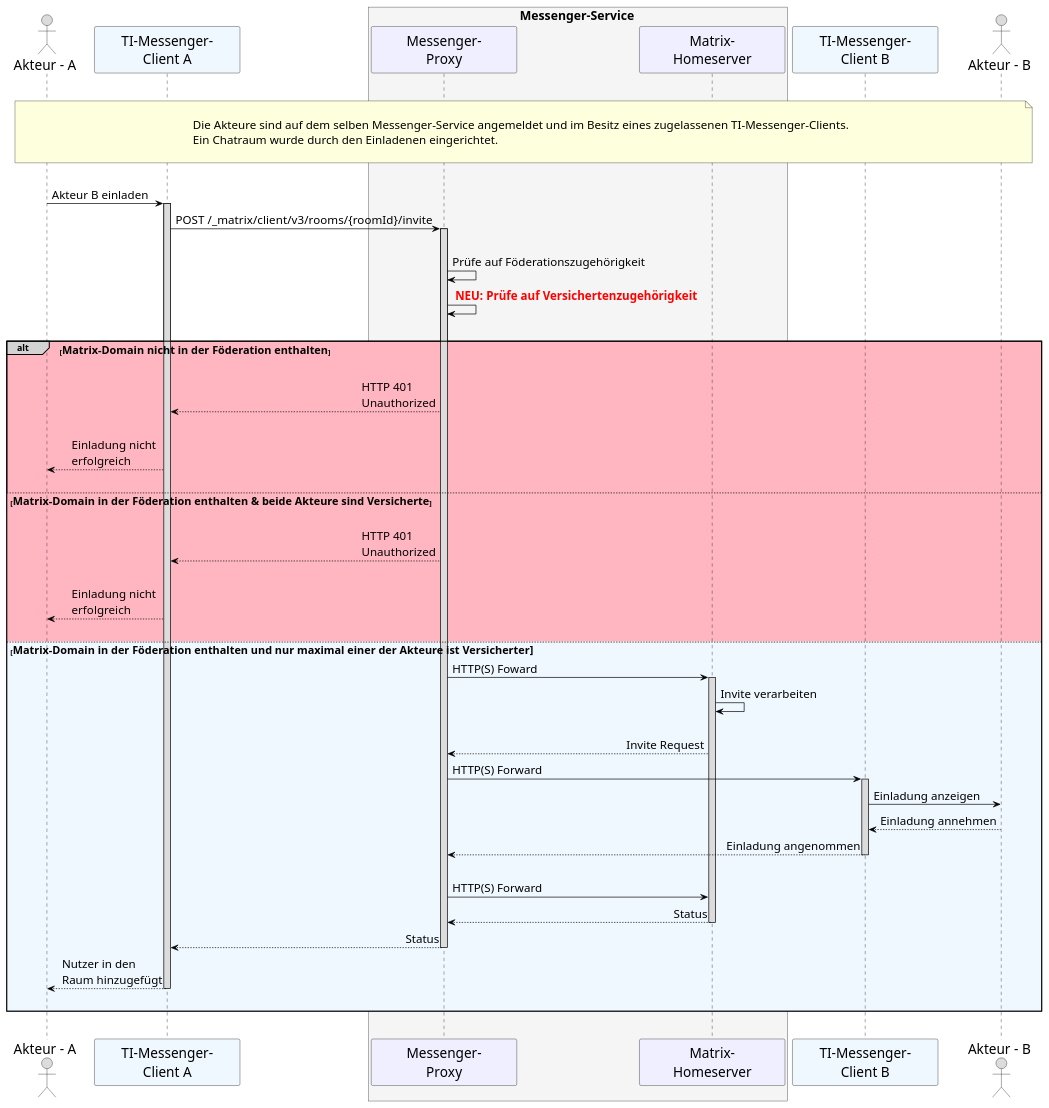
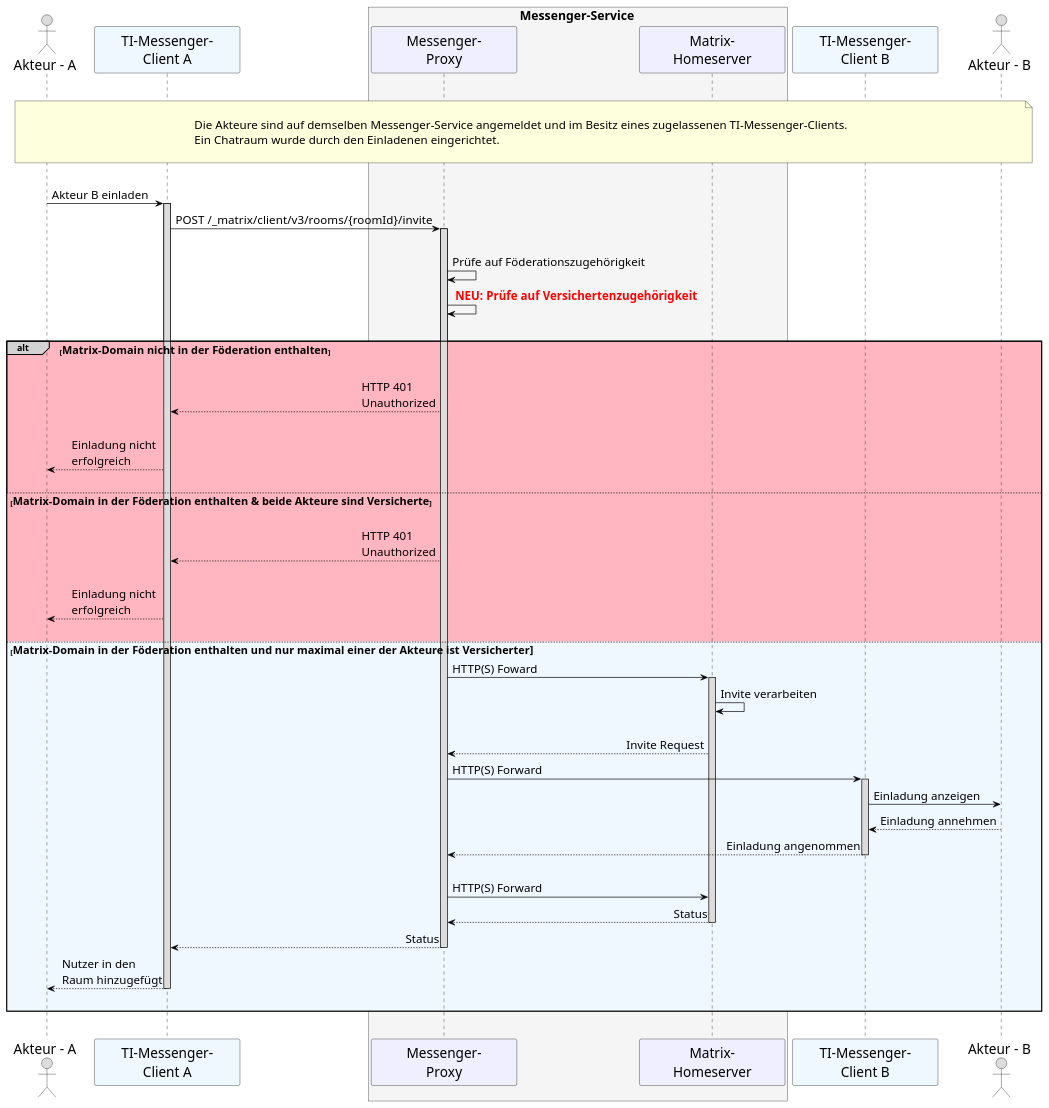
Before and after one commit to gematik/api-ti-messenger: the diagram in src/plantuml/TI-Messenger-Dienst/Ressourcen/UC_10104_Seq_fdv.puml, drawn with PlantUML. The commit also changed 1 other file, not shown here.

Commit message:
updated diagrams

```diff
--- a/src/plantuml/TI-Messenger-Dienst/Ressourcen/UC_10104_Seq_fdv.puml
+++ b/src/plantuml/TI-Messenger-Dienst/Ressourcen/UC_10104_Seq_fdv.puml
@@ -9,86 +9,86 @@
 @startuml
 skinparam sequenceMessageAlign direction
 skinparam minClassWidth 200
 skinparam BoxPadding 1
 skinparam sequenceReferenceHeaderBackgroundColor palegreen
 scale max 2048 width
 
 skinparam sequence {
 ArrowColor black
 ArrowFontSize 17
 ActorBorderColor black
 LifeLineBorderColor black
 LifeLineBackgroundColor Gainsboro
 
 ParticipantBorderColor Motivation
 ParticipantBackgroundColor Motivation
 ParticipantFontName Impact
 ParticipantFontSize 20
 ParticipantFontColor black
 ParticipantBorderColor Black
 ParticipantBackgroundColor MOTIVATION
 
 ActorBackgroundColor Gainsboro
 ActorFontColor black
 ActorFontSize 20
 ActorFontName Aapex
 }
     actor U1 as "Akteur - A"
     participant C1 as "TI-Messenger-\nClient A" #AliceBlue
     box <size:18>Messenger-Service</size> #WhiteSmoke
       participant MP as "Messenger-\nProxy"
       participant MH as "Matrix-\nHomeserver"
     end box
     participant C2 as "TI-Messenger-\nClient B" #AliceBlue
     actor U2 as "Akteur - B"
     
 |||
-note over U1, U2: \n<size:17>Die Akteure sind auf dem selben Messenger-Service angemeldet und im Besitz eines zugelassenen TI-Messenger-Clients.\n<size:17>Ein Chatraum wurde durch den Einladenen eingerichtet.</size>\n
+note over U1, U2: \n<size:17>Die Akteure sind auf demselben Messenger-Service angemeldet und im Besitz eines zugelassenen TI-Messenger-Clients.\n<size:17>Ein Chatraum wurde durch den Einladenen eingerichtet.</size>\n
 |||
     U1->C1: Akteur B einladen
     activate C1
     C1->MP: POST  /_matrix/client/v3/rooms/{roomId}/invite
     activate MP
     |||
       MP->MP: Prüfe auf Föderationszugehörigkeit
       MP->MP: <font color=red> <b>NEU: Prüfe auf Versichertenzugehörigkeit 
     |||
     
     alt#LightGrey #LightPink <size:16>Matrix-Domain nicht in der Föderation enthalten</size>
       |||
       MP-->C1: HTTP 401 \nUnauthorized
       |||
       C1-->U1: Einladung nicht \nerfolgreich
       |||
     
       else <size:16>Matrix-Domain in der Föderation enthalten & beide Akteure sind Versicherte</size>
       |||
       MP-->C1: HTTP 401 \nUnauthorized
       |||
       C1-->U1: Einladung nicht \nerfolgreich
       |||
 
       else #AliceBlue <size:16>Matrix-Domain in der Föderation enthalten und nur maximal einer der Akteure ist Versicherter
       MP->MH: HTTP(S) Foward
         activate MH
       MH->MH: Invite verarbeiten
       |||
           MH-->MP: Invite Request
           MP->C2: HTTP(S) Forward
             activate C2 
           C2->U2: Einladung anzeigen
           U2-->C2: Einladung annehmen
           C2-->MP: Einladung angenommen
           deactivate C2
           |||
           MP->MH: HTTP(S) Forward
           MH-->MP: Status
             deactivate MH
           MP-->C1: Status
           deactivate MP
           C1-->U1: Nutzer in den \nRaum hinzugefügt
           deactivate C1
         |||
         end
  |||
 @enduml
```
